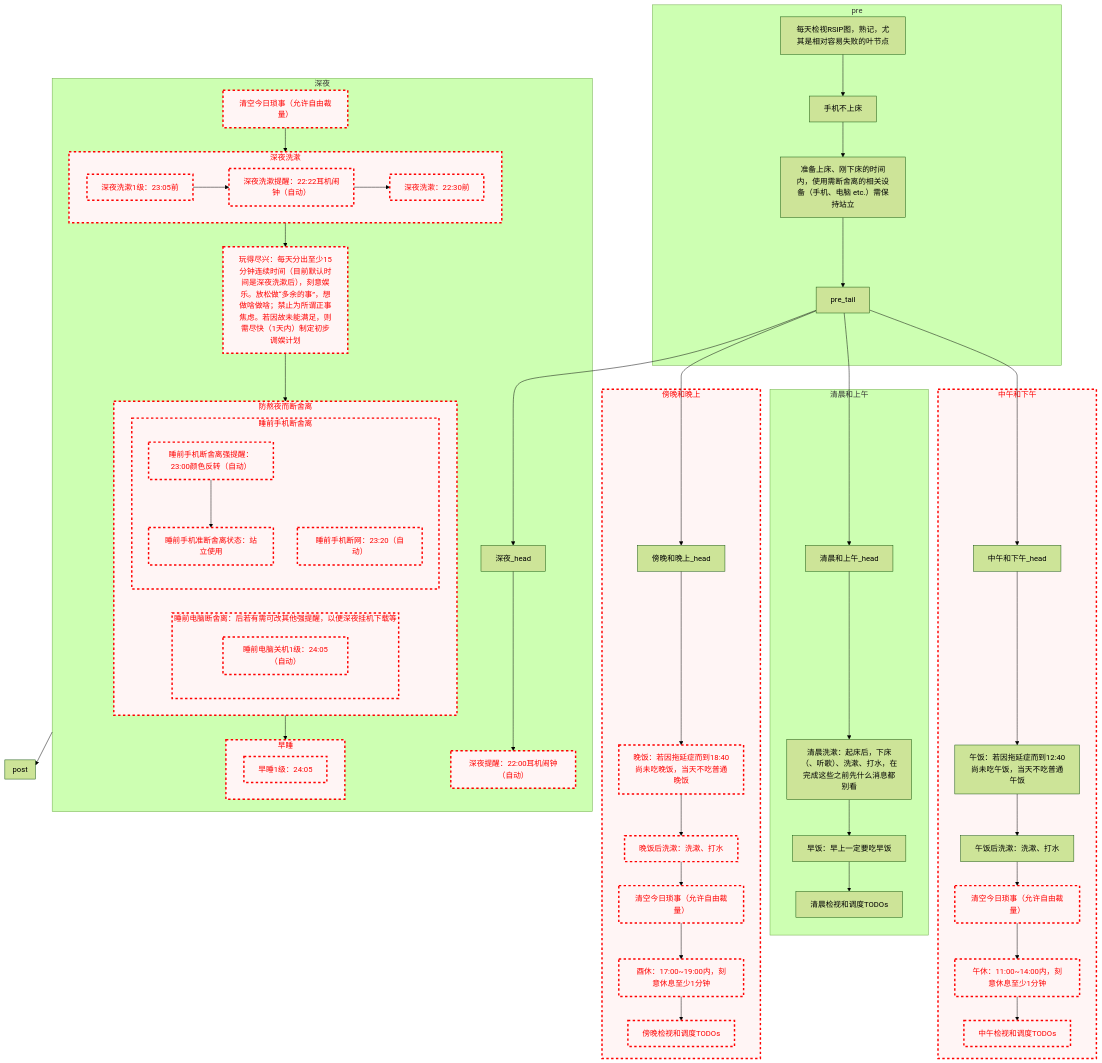
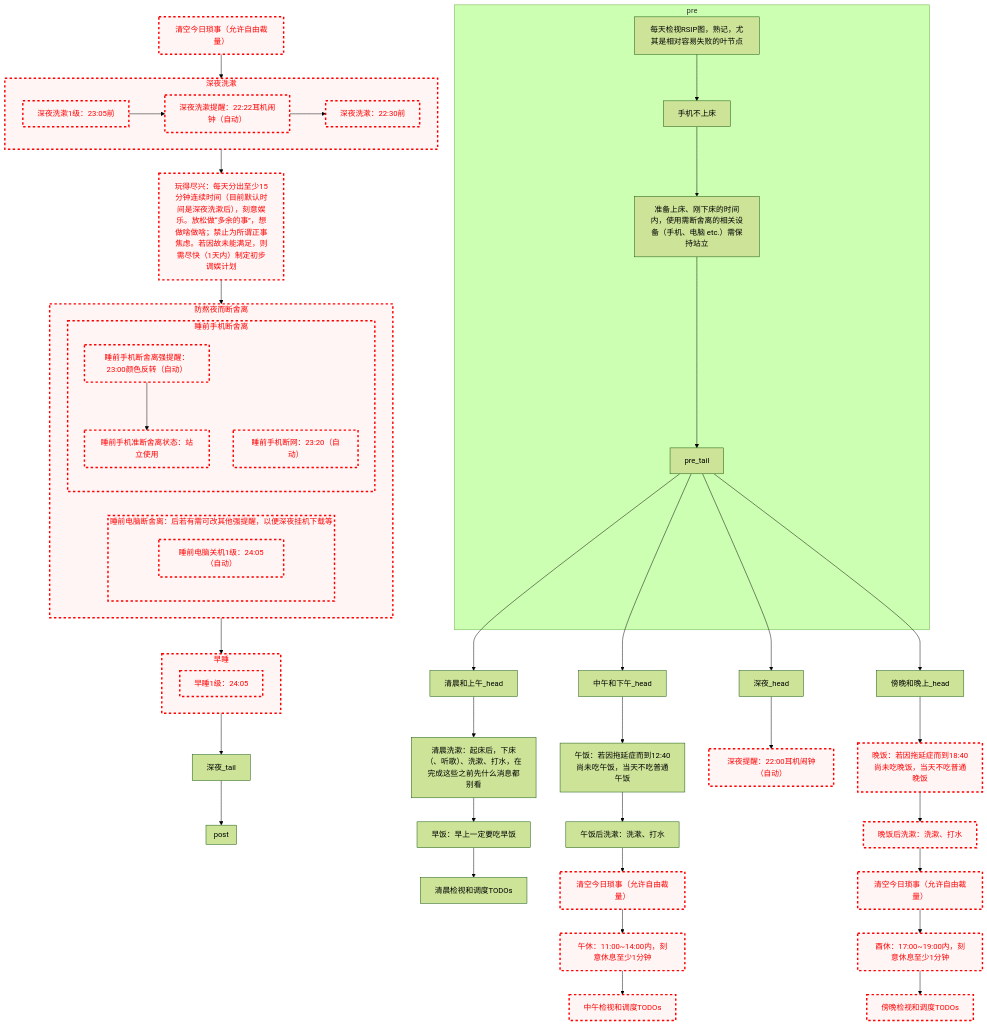
One commit to Ethkuil/RSIP-tree changed the diagram in README.md. Above: the diagram before and after it, drawn with Mermaid (forest theme).

Commit message:
尝试使用dummy节点代替subgraph连接

````diff
--- a/README.md
+++ b/README.md
@@ -32,16 +32,12 @@
 
 
 pre_tail --> 清晨和上午_head
-subgraph 清晨和上午
   清晨和上午_head --> 清晨洗漱
   清晨洗漱[清晨洗漱：起床后，下床（、听歌）、洗漱、打水，在完成这些之前先什么消息都别看]
   清晨洗漱 --> 早饭[早饭：早上一定要吃早饭]
   早饭 --> 清晨看TODO[清晨检视和调度TODOs]
-end
-
 
 pre_tail --> 中午和下午_head
-subgraph 中午和下午
   中午和下午_head --> 午饭[午饭：若因拖延症而到12:40尚未吃午饭，当天不吃普通午饭]
   午饭 --> 午饭后洗漱[午饭后洗漱：洗漱、打水]
   午饭后洗漱 --> 中午今日琐事[清空今日琐事（允许自由裁量）]
@@ -50,12 +46,9 @@
   class 午休 failed
   午休 --> 中午看TODO[中午检视和调度TODOs]
   class 中午看TODO failed
-end
-class 中午和下午 failed
 
 
 pre_tail --> 傍晚和晚上_head
-subgraph 傍晚和晚上
   傍晚和晚上_head --> 晚饭[晚饭：若因拖延症而到18:40尚未吃晚饭，当天不吃普通晚饭]
   class 晚饭 failed
   晚饭 --> 晚饭后洗漱[晚饭后洗漱：洗漱、打水]
@@ -66,11 +59,8 @@
   class 酉休 failed
   酉休 --> 傍晚看TODO[傍晚检视和调度TODOs]
   class 傍晚看TODO failed
-end
-class 傍晚和晚上 failed
 
 pre_tail --> 深夜_head
-subgraph 深夜
   深夜_head --> 深夜提醒[深夜提醒：22:00耳机闹钟（自动）]
   class 深夜提醒 failed
   深夜今日琐事[清空今日琐事（允许自由裁量）]
@@ -113,10 +103,9 @@
     class 早睡1级 failed
   end
   class 早睡 failed
-end
-class 深夜 failed
+  早睡 --> 深夜_tail
 
-深夜 --> post
+深夜_tail --> post
 subgraph post
 end
 ```
````
